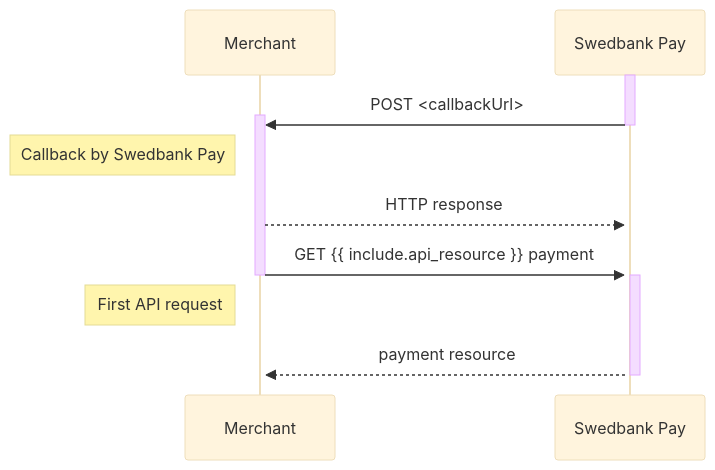
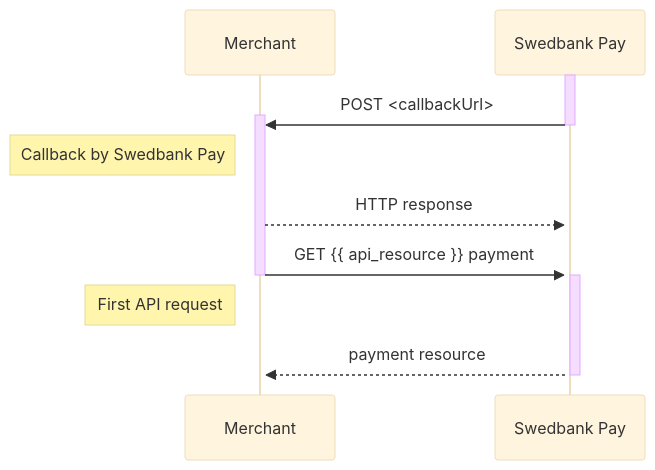
One commit to SwedbankPay/developer.swedbankpay.com changed the diagram in _includes/callback-reference.md. Above: the diagram before and after it, drawn with Mermaid (base theme). The commit also changed other lines of this file and 100 other files, not shown here.

First line of the commit message:
DX-1288: Replace usage of include.documentation_section and include.api_resource

````diff
--- a/_includes/callback-reference.md
+++ b/_includes/callback-reference.md
@@ -102,16 +101,16 @@
 ```mermaid
 sequenceDiagram
     Participant Merchant
     Participant SwedbankPay as Swedbank Pay
 
     activate SwedbankPay
     SwedbankPay->>+Merchant: POST <callbackUrl>
     deactivate SwedbankPay
     note left of Merchant: Callback by Swedbank Pay
     Merchant-->>+SwedbankPay: HTTP response
-    Merchant->>+SwedbankPay: GET {{ include.api_resource  }} payment
+    Merchant->>+SwedbankPay: GET {{ api_resource  }} payment
     deactivate Merchant
     note left of Merchant: First API request
     SwedbankPay-->>+Merchant: payment resource
     deactivate SwedbankPay
 ```
````
